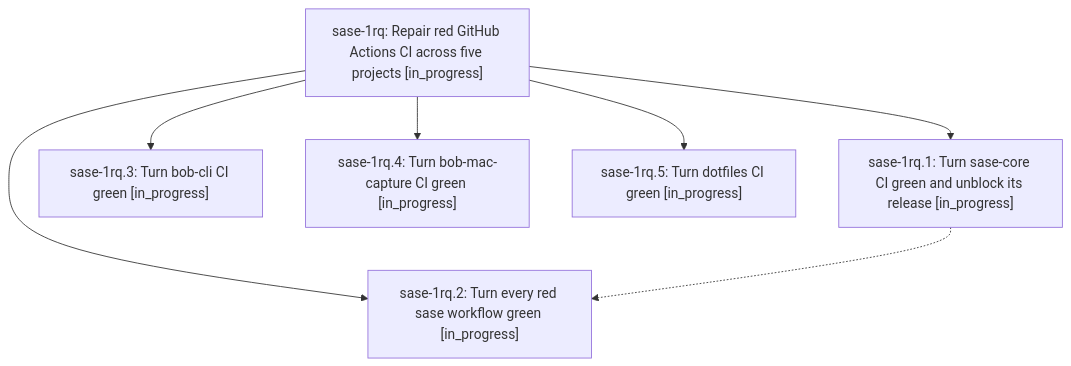
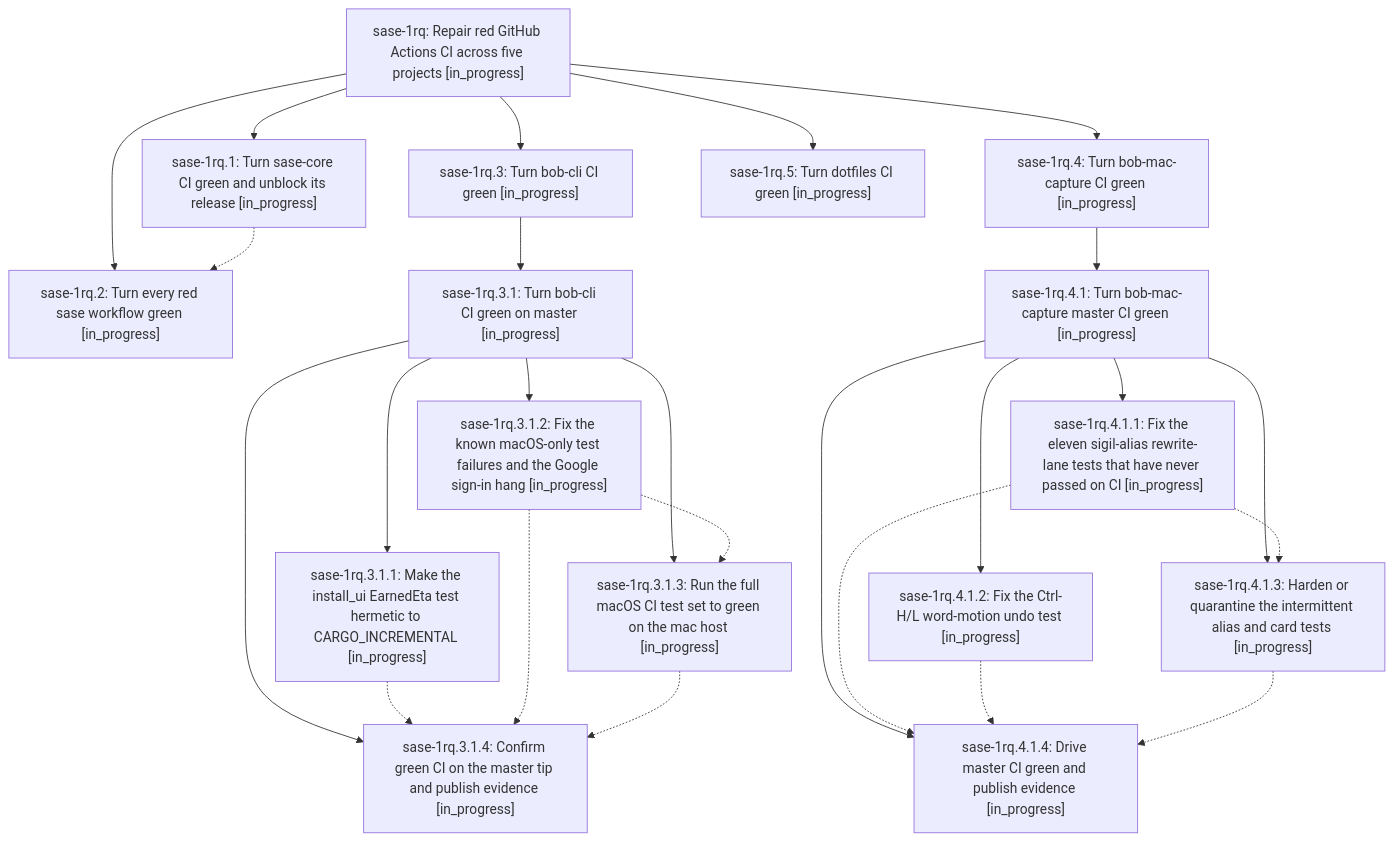
Before and after one commit to sase-org/sase--beads: the diagram in pages/sase-1rq/README.md, drawn with Mermaid. The commit also changed other lines of this file and 13 other files, not shown here.

````diff
--- a/pages/sase-1rq/README.md
+++ b/pages/sase-1rq/README.md
@@ -26,15 +26,43 @@
 ```mermaid
 flowchart TD
     n0["sase-1rq: Repair red GitHub Actions CI across five projects [in_progress]"]
     n1["sase-1rq.1: Turn sase-core CI green and unblock its release [in_progress]"]
     n2["sase-1rq.2: Turn every red sase workflow green [in_progress]"]
     n3["sase-1rq.3: Turn bob-cli CI green [in_progress]"]
-    n4["sase-1rq.4: Turn bob-mac-capture CI green [in_progress]"]
-    n5["sase-1rq.5: Turn dotfiles CI green [in_progress]"]
+    n4["sase-1rq.3.1: Turn bob-cli CI green on master [in_progress]"]
+    n5["sase-1rq.3.1.1: Make the install_ui EarnedEta test hermetic to CARGO_INCREMENTAL [in_progress]"]
+    n6["sase-1rq.3.1.2: Fix the known macOS-only test failures and the Google sign-in hang [in_progress]"]
+    n7["sase-1rq.3.1.3: Run the full macOS CI test set to green on the mac host [in_progress]"]
+    n8["sase-1rq.3.1.4: Confirm green CI on the master tip and publish evidence [in_progress]"]
+    n9["sase-1rq.4: Turn bob-mac-capture CI green [in_progress]"]
+    n10["sase-1rq.4.1: Turn bob-mac-capture master CI green [in_progress]"]
+    n11["sase-1rq.4.1.1: Fix the eleven sigil-alias rewrite-lane tests that have never passed on CI [in_progress]"]
+    n12["sase-1rq.4.1.2: Fix the Ctrl-H/L word-motion undo test [in_progress]"]
+    n13["sase-1rq.4.1.3: Harden or quarantine the intermittent alias and card tests [in_progress]"]
+    n14["sase-1rq.4.1.4: Drive master CI green and publish evidence [in_progress]"]
+    n15["sase-1rq.5: Turn dotfiles CI green [in_progress]"]
     n0 --> n1
     n0 --> n2
     n0 --> n3
-    n0 --> n4
-    n0 --> n5
+    n3 --> n4
+    n4 --> n5
+    n4 --> n6
+    n4 --> n7
+    n4 --> n8
+    n0 --> n9
+    n9 --> n10
+    n10 --> n11
+    n10 --> n12
+    n10 --> n13
+    n10 --> n14
+    n0 --> n15
     n1 -.-> n2
+    n5 -.-> n8
+    n6 -.-> n7
+    n6 -.-> n8
+    n7 -.-> n8
+    n11 -.-> n13
+    n11 -.-> n14
+    n12 -.-> n14
+    n13 -.-> n14
 ```
````
